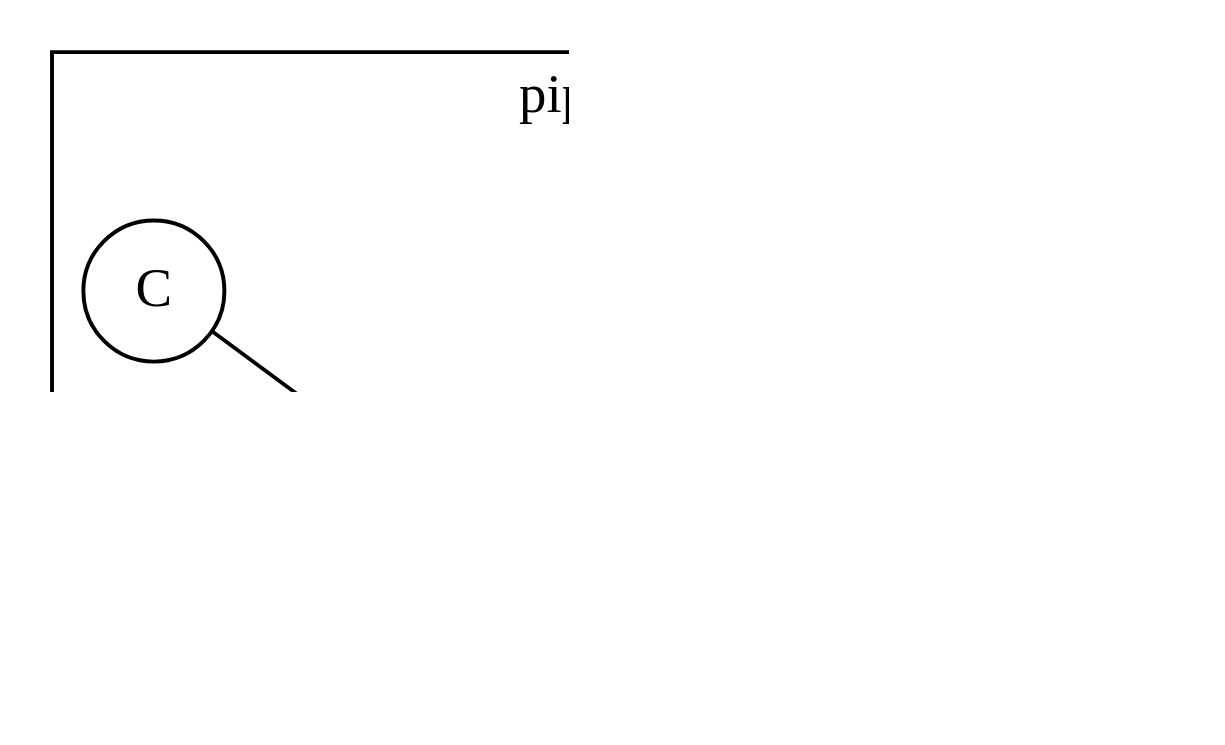
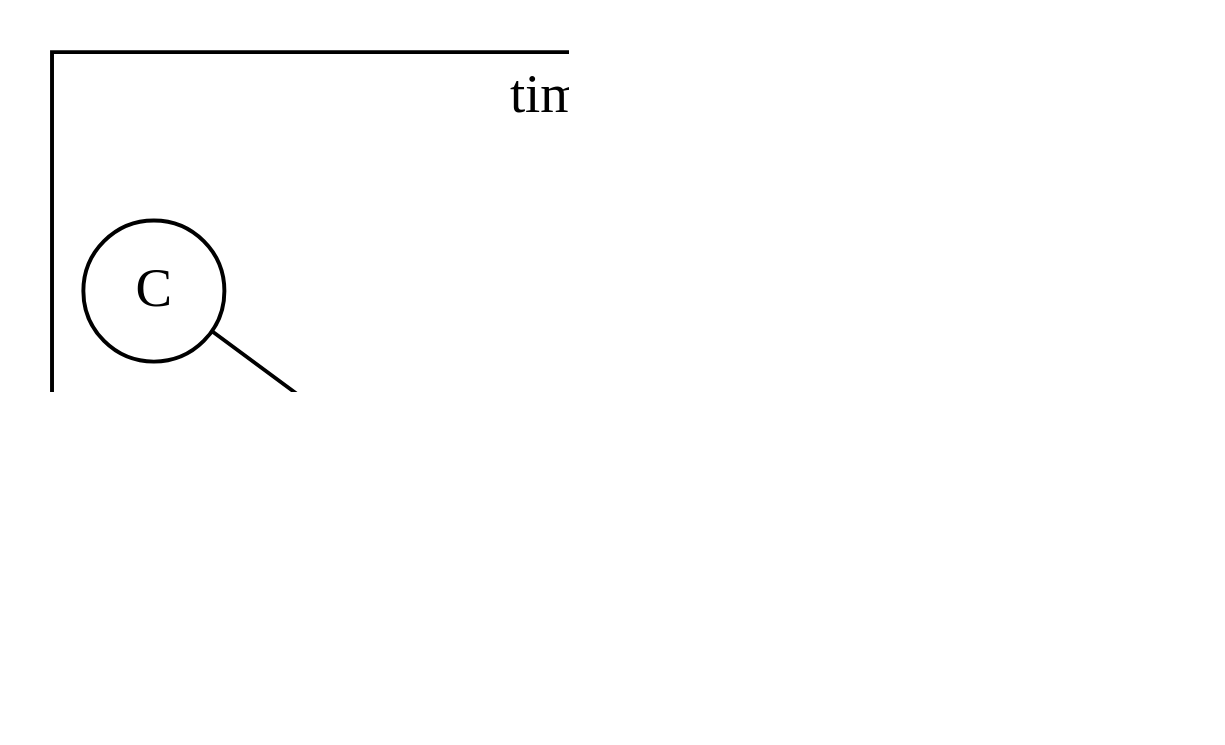
Before and after one commit to inponomarev/kstreams-testing-pitfalls: diagram 38 of 46 in slides/src/main/asciidoc/lecture.adoc, drawn with Graphviz. The commit also changed other lines of this file, not shown here.

```diff
--- a/slides/src/main/asciidoc/lecture.adoc
+++ b/slides/src/main/asciidoc/lecture.adoc
@@ -1400,33 +1402,33 @@
 [graphviz,"timing1.png"]
 ----
 digraph G {
   rankdir="LR";
   graph [dpi = 180];
   node[shape="circle"];
   subgraph cluster_0 {
-  label = "pipeInput order";
+  label = "timestamp order";
 
   A->X2->B[style=invis];
   A->B[style=invis];
   C->D[style=invis];
   C->X3->D[style=invis];
   
   A->J1;C->J1;
   B->J2;D->J2;
 
   {rank=same;A;X1;C}
   {rank=same;B;X4;D}
 
   A->X1->C[style=invis];
   B->X4->D[style=invis];
 
   J1[label="A+C";shape="oval"]
   J2[label="B+D";shape="oval"]
   /*invisible nodes for padding*/
   X1[style=invis;label="X"];
   X2[style=invis;label="X"];
   X3[style=invis;label="X"];
   X4[style=invis;label="X"];
   }
 }
 ----
```
